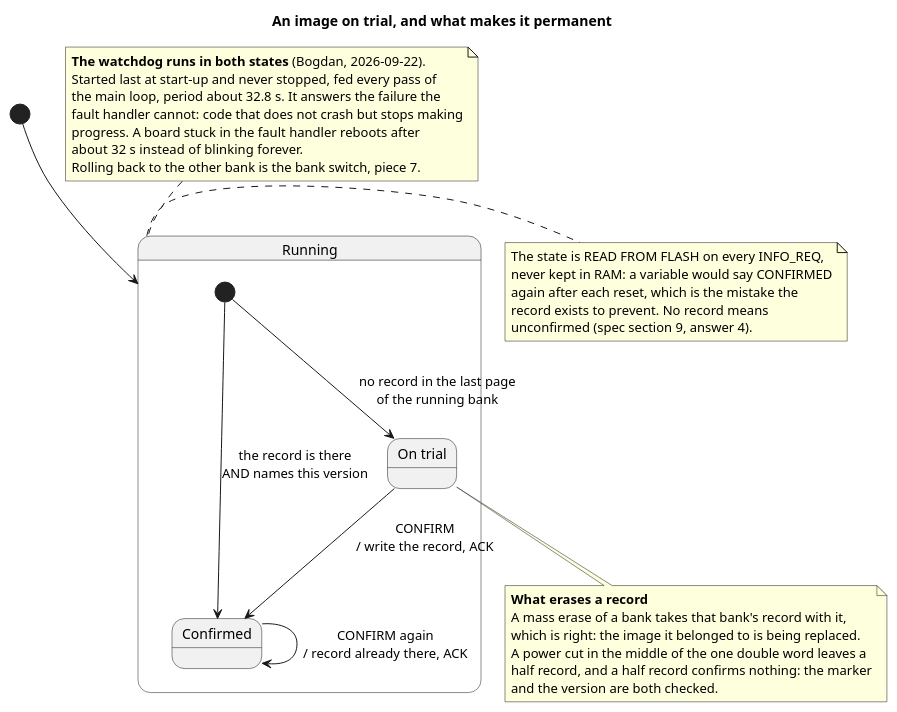
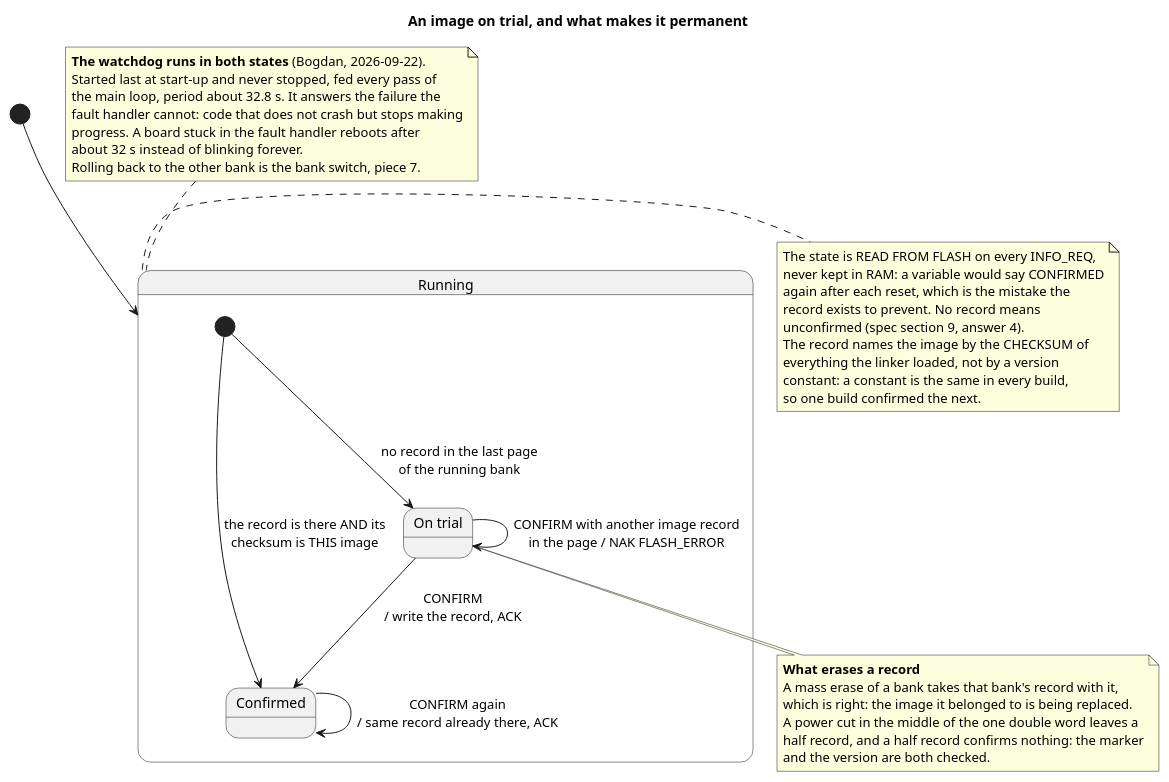
Before and after one commit to bogdanbaloi/hmi-edge-node: the diagram in docs/uml/trial-and-confirm.puml, drawn with PlantUML. The commit also changed 8 other files, not shown here.

First line of the commit message:
Identify the confirmed image by its checksum

```diff
--- a/docs/uml/trial-and-confirm.puml
+++ b/docs/uml/trial-and-confirm.puml
@@ -1,50 +1,55 @@
 @startuml trial-and-confirm
 ' The life of an image on the board: trial, confirmation, and the watchdog
 ' that reboots a board which stops making progress. Grounded in
 ' Src/watchdog.c, Src/confirm_record.c, Src/flash.c (flash_write_confirm_record),
 ' Src/ota_port.c and uart-flash-v1.md section 9, answers 4 and 5.
 
 title An image on trial, and what makes it permanent
 
 skinparam shadowing false
 
 [*] --> Running
 
 state Running {
   state "On trial" as Trial
   state "Confirmed" as Confirmed
 
   [*] --> Trial : no record in the last page\nof the running bank
-  [*] --> Confirmed : the record is there\nAND names this version
+  [*] --> Confirmed : the record is there AND its\nchecksum is THIS image
   Trial --> Confirmed : CONFIRM\n/ write the record, ACK
-  Confirmed --> Confirmed : CONFIRM again\n/ record already there, ACK
+  Confirmed --> Confirmed : CONFIRM again\n/ same record already there, ACK
+  Trial --> Trial : CONFIRM with another image record\nin the page / NAK FLASH_ERROR
 }
 
 note right of Running
   The state is READ FROM FLASH on every INFO_REQ,
   never kept in RAM: a variable would say CONFIRMED
   again after each reset, which is the mistake the
   record exists to prevent. No record means
   unconfirmed (spec section 9, answer 4).
+  The record names the image by the CHECKSUM of
+  everything the linker loaded, not by a version
+  constant: a constant is the same in every build,
+  so one build confirmed the next.
 end note
 
 note bottom of Trial
   **What erases a record**
   A mass erase of a bank takes that bank's record with it,
   which is right: the image it belonged to is being replaced.
   A power cut in the middle of the one double word leaves a
   half record, and a half record confirms nothing: the marker
   and the version are both checked.
 end note
 
 note top of Running
   **The watchdog runs in both states** (Bogdan, 2026-09-22).
   Started last at start-up and never stopped, fed every pass of
   the main loop, period about 32.8 s. It answers the failure the
   fault handler cannot: code that does not crash but stops making
   progress. A board stuck in the fault handler reboots after
   about 32 s instead of blinking forever.
   Rolling back to the other bank is the bank switch, piece 7.
 end note
 
 @enduml
```
